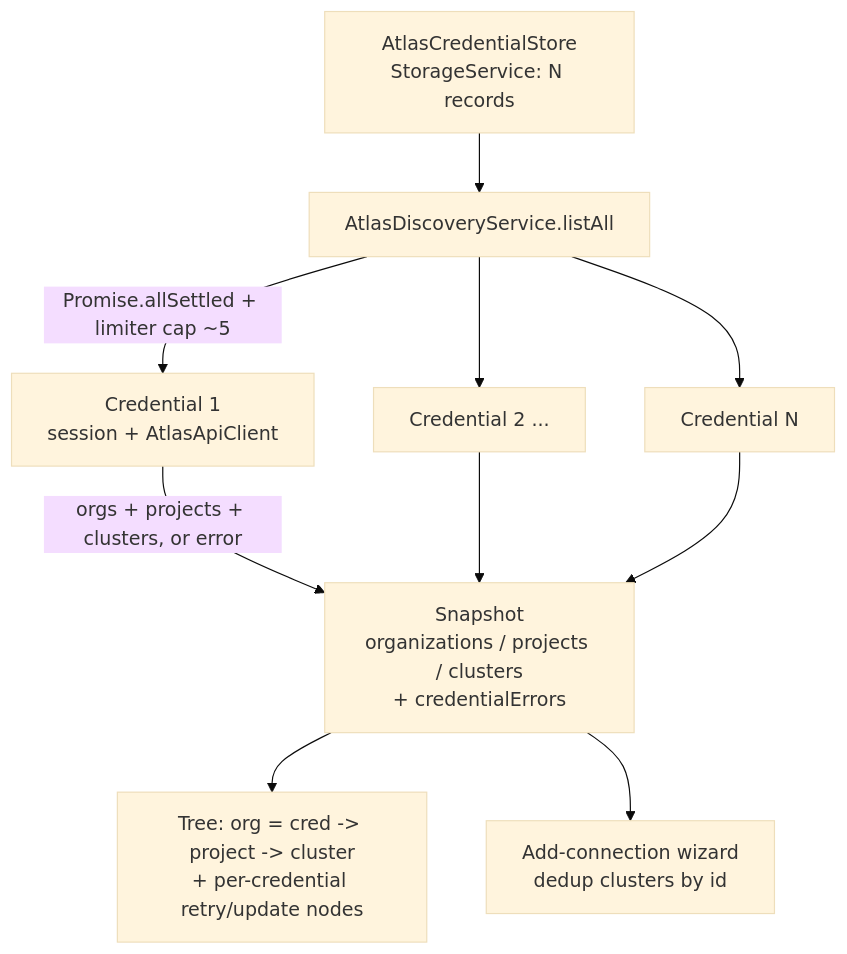
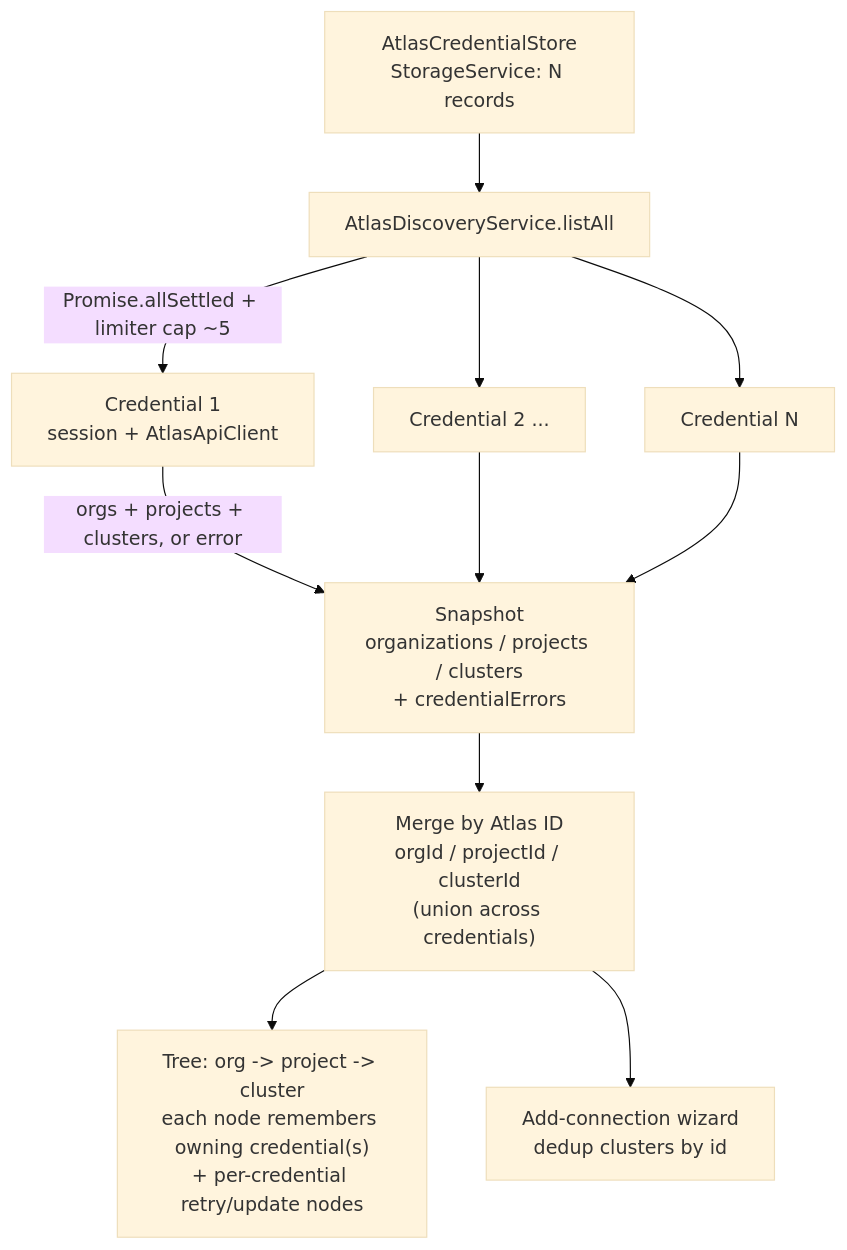
The diagram in docs/ai-and-plans/PRs/733-atlas-mongodb-discovery/multi-credential-poc-plan.md (microsoft/vscode-documentdb), drawn with Mermaid (base theme) before and after one commit. The commit also changed other lines of this file, not shown here.

First line of the commit message:
docs(atlas): correct credential scoping model in POC plan

````diff
--- a/docs/ai-and-plans/PRs/733-atlas-mongodb-discovery/multi-credential-poc-plan.md
+++ b/docs/ai-and-plans/PRs/733-atlas-mongodb-discovery/multi-credential-poc-plan.md
@@ -370,12 +407,13 @@
 ```mermaid
 flowchart TD
     Store["AtlasCredentialStore<br/>StorageService: N records"] --> Svc["AtlasDiscoveryService.listAll"]
     Svc -->|"Promise.allSettled + limiter cap ~5"| C1["Credential 1<br/>session + AtlasApiClient"]
     Svc --> C2["Credential 2 ..."]
     Svc --> Cn["Credential N"]
     C1 -->|"orgs + projects + clusters, or error"| Agg["Snapshot<br/>organizations / projects / clusters<br/>+ credentialErrors"]
     C2 --> Agg
     Cn --> Agg
-    Agg --> Tree["Tree: org = cred -> project -> cluster<br/>+ per-credential retry/update nodes"]
-    Agg --> Wizard["Add-connection wizard<br/>dedup clusters by id"]
+    Agg --> Merge["Merge by Atlas ID<br/>orgId / projectId / clusterId<br/>(union across credentials)"]
+    Merge --> Tree["Tree: org -> project -> cluster<br/>each node remembers owning credential(s)<br/>+ per-credential retry/update nodes"]
+    Merge --> Wizard["Add-connection wizard<br/>dedup clusters by id"]
 ```
````
